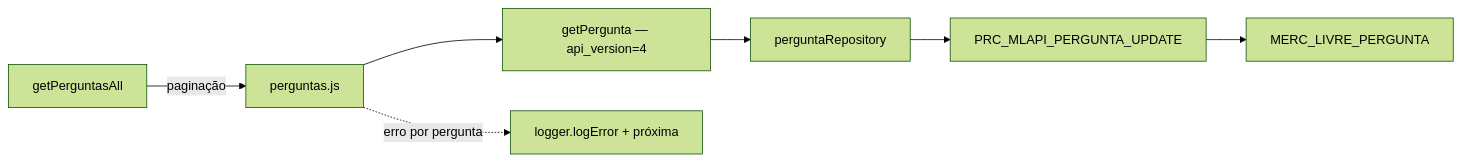
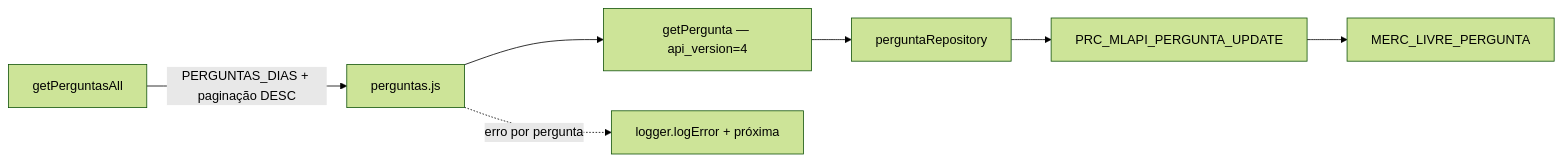
One commit to AfonsoJunior13/avvante-mercadolivre changed the sixth of 8 diagrams in .cursor/docs/ARQUITETURA.md. Above: the diagram before and after it, drawn with Mermaid (forest theme). The commit also changed other lines of this file and 7 other files, not shown here.

Commit message:
dias de perguntas pesquisa

````diff
--- a/.cursor/docs/ARQUITETURA.md
+++ b/.cursor/docs/ARQUITETURA.md
@@ -168,9 +168,9 @@
 ```mermaid
 flowchart LR
-    A[getPerguntasAll] -->|paginação| B[perguntas.js]
+    A[getPerguntasAll] -->|PERGUNTAS_DIAS + paginação DESC| B[perguntas.js]
     B --> C[getPergunta — api_version=4]
     C --> D[perguntaRepository]
     D --> E[PRC_MLAPI_PERGUNTA_UPDATE]
     E --> F[MERC_LIVRE_PERGUNTA]
     B -.->|erro por pergunta| G[logger.logError + próxima]
 ```
````
